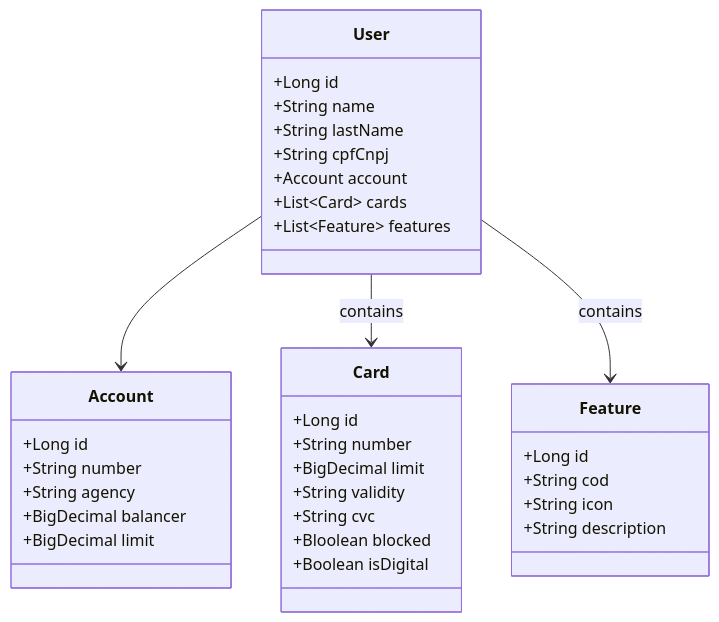
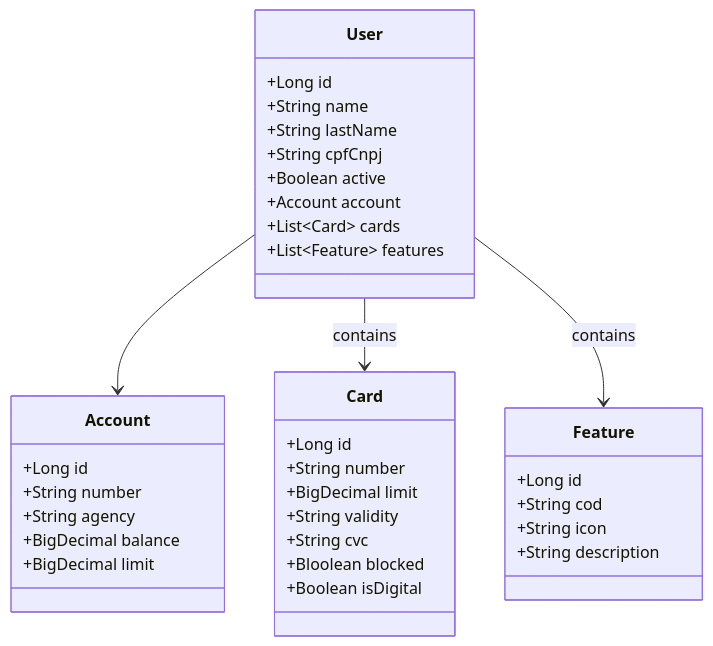
One commit to correamarcos/bank-api changed the diagram in README.md. Above: the diagram before and after it, drawn with Mermaid. The commit also changed other lines of this file, not shown here.

````diff
--- a/README.md
+++ b/README.md
@@ -18,41 +18,42 @@
 ```mermaid
 classDiagram
     class User {
         +Long id
         +String name
         +String lastName
         +String cpfCnpj
+        +Boolean active
         +Account account
         +List~Card~ cards
         +List~Feature~ features
     }
 
     class Account {
         +Long id
         +String number
         +String agency
-        +BigDecimal balancer
+        +BigDecimal balance
         +BigDecimal limit
     }
 
     class Card {
         +Long id
         +String number
         +BigDecimal limit
         +String validity
         +String cvc
         +Bloolean blocked
         +Boolean isDigital
     }
 
     class Feature {
         +Long id
         +String cod
         +String icon
         +String description
     }
 
     User --> Account
     User --> Card : contains
     User --> Feature : contains
 ```
````
